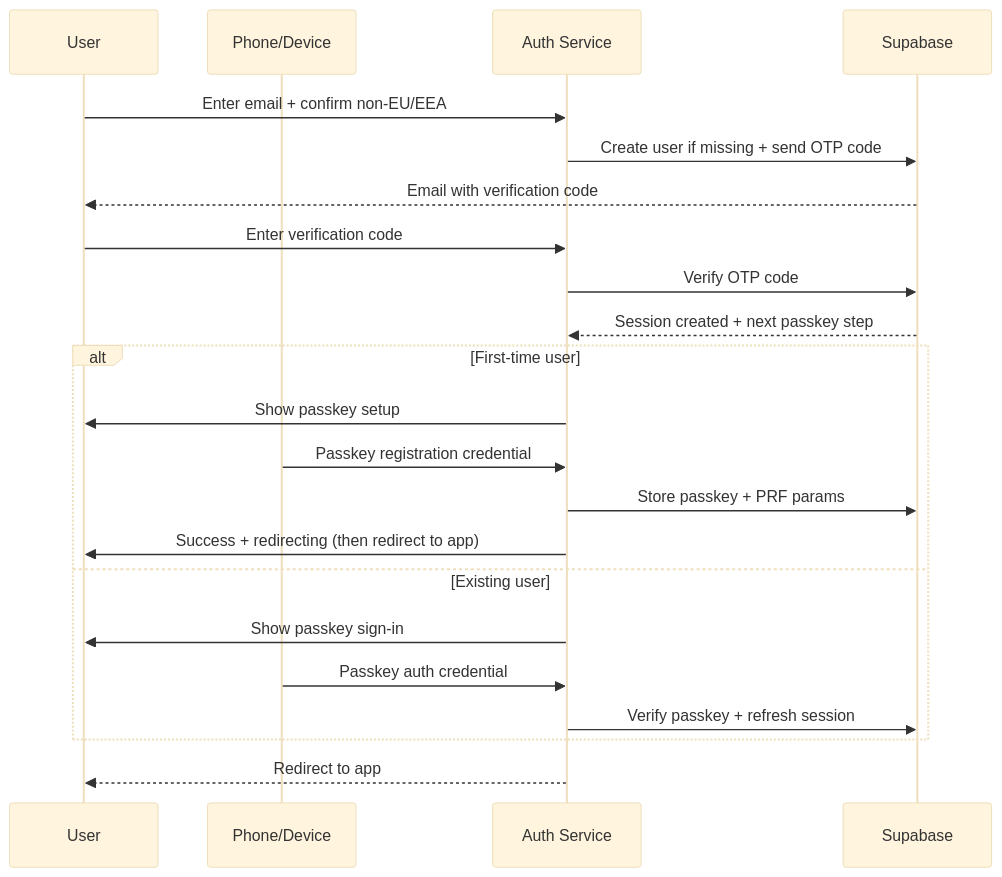
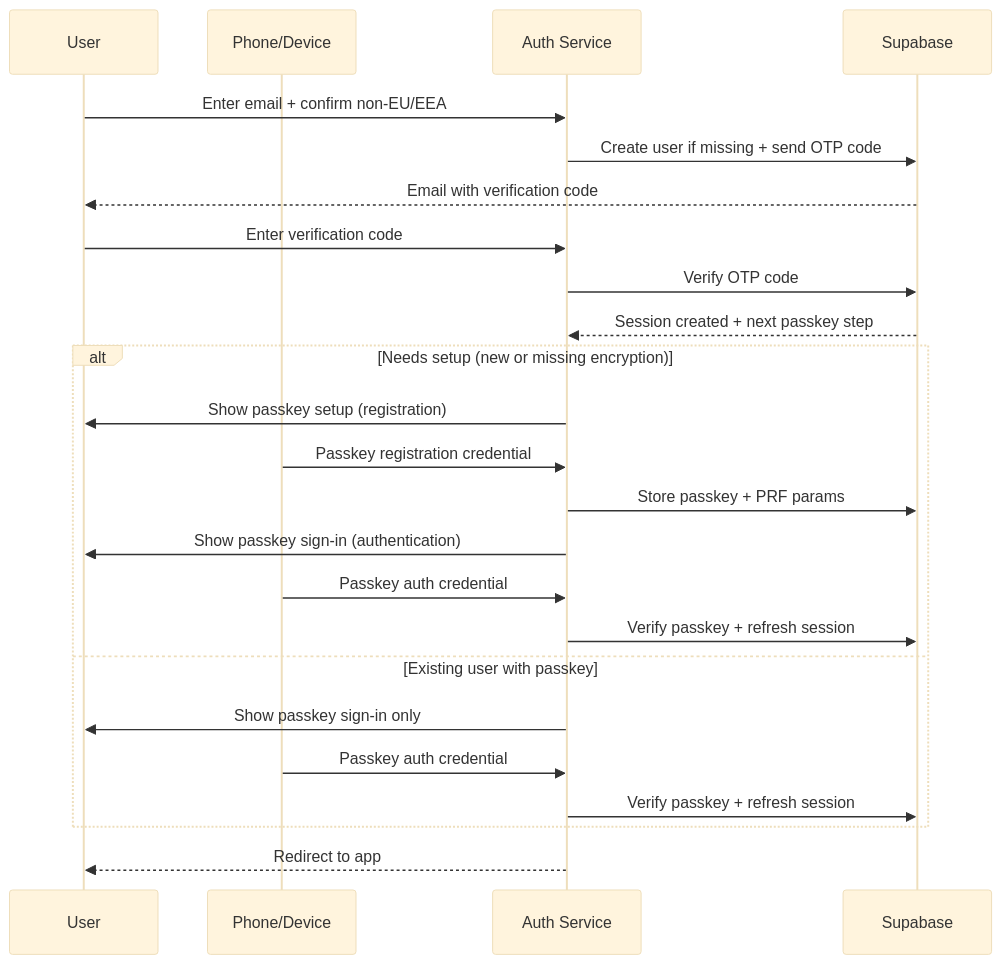
Before and after one commit to CasparRubin/helvety: the diagram in apps/auth/README.md, drawn with Mermaid (base theme). The commit also changed other lines of this file and 12 other files, not shown here.

First line of the commit message:
feat(auth): four-step stepper and setup-then-sign-in flow

````diff
--- a/apps/auth/README.md
+++ b/apps/auth/README.md
@@ -68,25 +68,27 @@
 ```mermaid
 sequenceDiagram
     participant U as User
     participant P as Phone/Device
     participant A as Auth Service
     participant S as Supabase
 
     U->>A: Enter email + confirm non-EU/EEA
     A->>S: Create user if missing + send OTP code
     S-->>U: Email with verification code
     U->>A: Enter verification code
     A->>S: Verify OTP code
     S-->>A: Session created + next passkey step
-    alt First-time user
-      A->>U: Show passkey setup
+    alt Needs setup (new or missing encryption)
+      A->>U: Show passkey setup (registration)
       P->>A: Passkey registration credential
       A->>S: Store passkey + PRF params
-      A->>U: Success + redirecting (then redirect to app)
-    else Existing user
-      A->>U: Show passkey sign-in
+      A->>U: Show passkey sign-in (authentication)
+      P->>A: Passkey auth credential
+      A->>S: Verify passkey + refresh session
+    else Existing user with passkey
+      A->>U: Show passkey sign-in only
       P->>A: Passkey auth credential
       A->>S: Verify passkey + refresh session
     end
     A-->>U: Redirect to app
 ```
````
